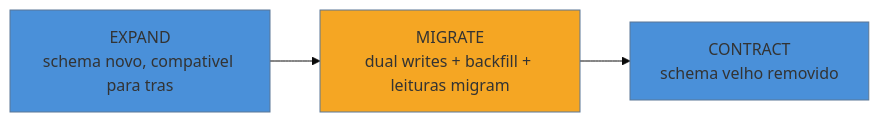
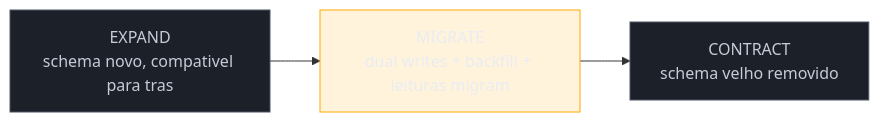
Before and after one commit to josenaldo/codex-technomanticus: the first of 2 diagrams in 03-Dominios/Engenharia/Arqueologia e Restauração de Software/20 - Migração de dados e schema.md, drawn with Mermaid. The commit also changed other lines of this file and 1181 other files, not shown here.

First line of the commit message:
fix(diagramas): paleta do sistema no lugar de cor cravada no markdown

````diff
--- a/03-Dominios/Engenharia/Arqueologia e Restauração de Software/20 - Migração de dados e schema.md
+++ b/03-Dominios/Engenharia/Arqueologia e Restauração de Software/20 - Migração de dados e schema.md
@@ -27,9 +27,10 @@
 ```mermaid
-%%{init: {"theme": "base", "themeVariables": {"primaryColor": "#4A90D9"}}}%%
 graph LR
+    classDef neutro fill:#1B2029,stroke:#4E5666,color:#C6CCD8
+    classDef destaque fill:#FFAA0024,stroke:#FFAA00,color:#E9ECF2
     A[EXPAND<br/>schema novo, compativel para tras] --> B[MIGRATE<br/>dual writes + backfill + leituras migram]
     B --> C[CONTRACT<br/>schema velho removido]
-    style A fill:#4A90D9
-    style B fill:#F5A623
-    style C fill:#4A90D9
+    class A neutro
+    class B destaque
+    class C neutro
 ```
````
